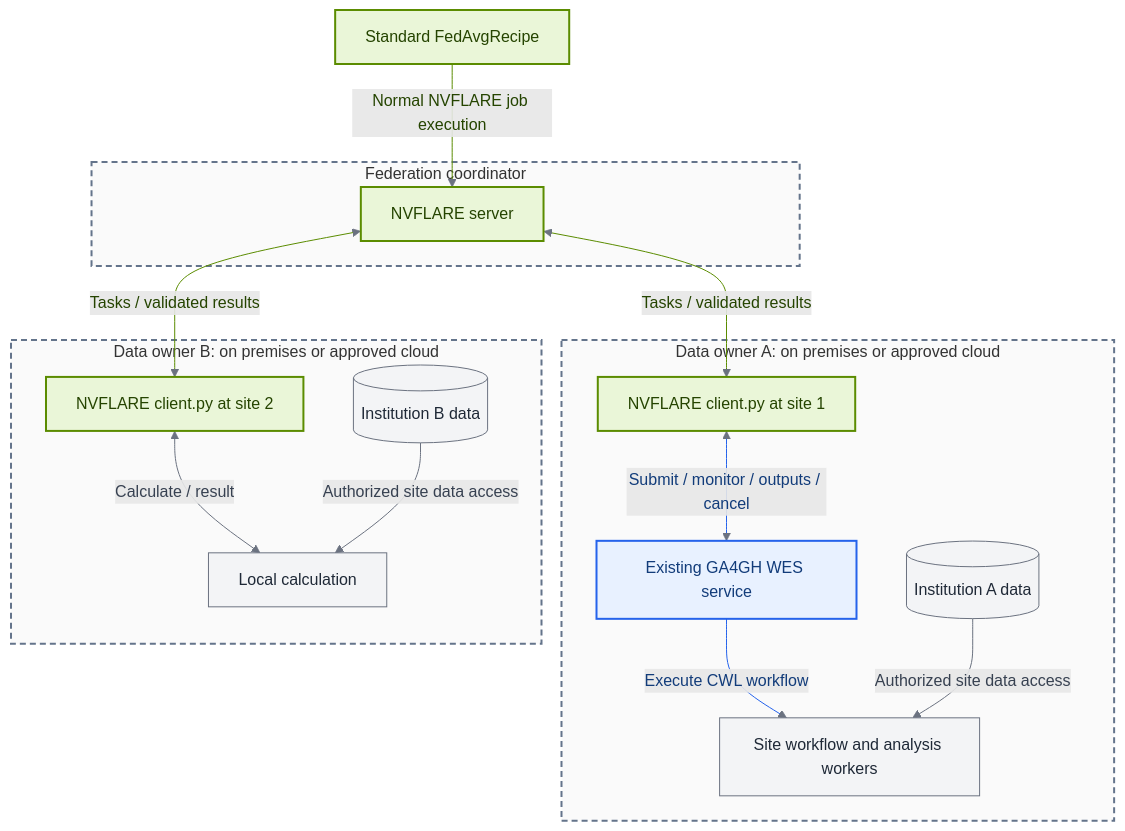
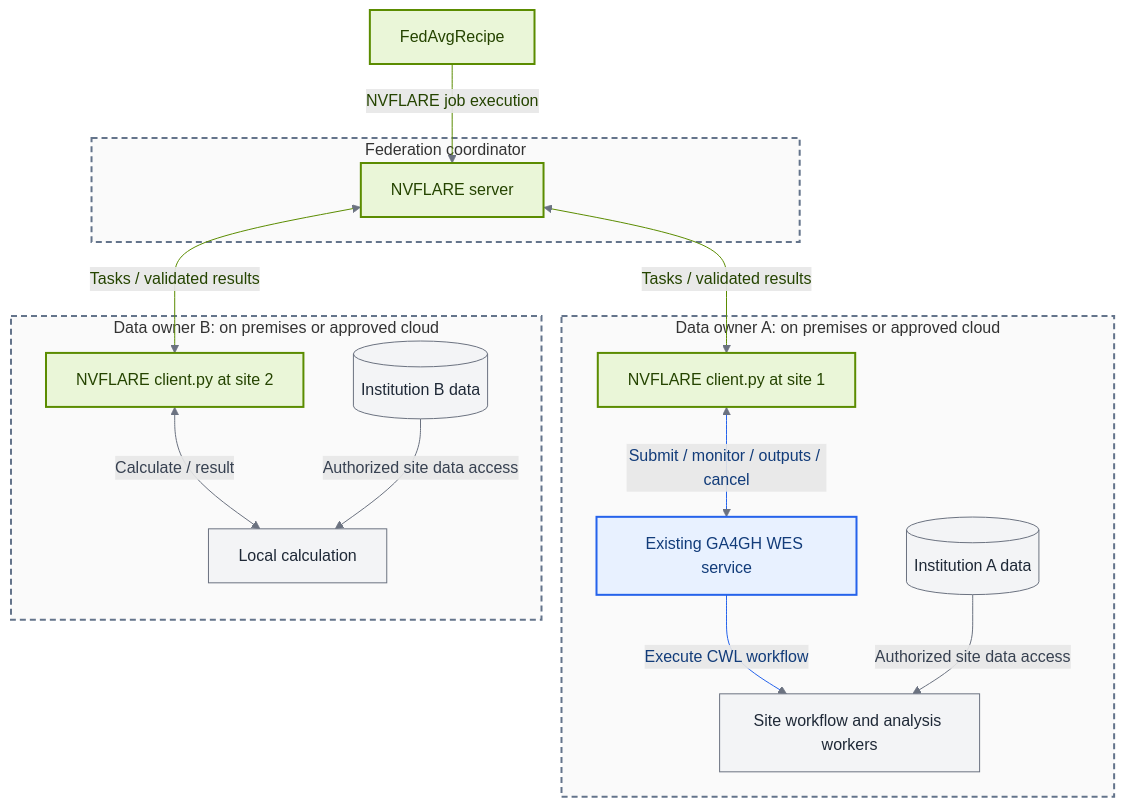
One commit to holgerroth/NVFlare changed the diagram in integration/ga4gh/diagrams/overview.mmd. Above: the diagram before and after it, drawn with Mermaid. The commit also changed 19 other files, not shown here.

```diff
--- a/integration/ga4gh/diagrams/overview.mmd
+++ b/integration/ga4gh/diagrams/overview.mmd
@@ -1,36 +1,36 @@
 flowchart TB
-    Recipe[Standard FedAvgRecipe]
+    Recipe[FedAvgRecipe]
     subgraph Coordinator[Federation coordinator]
         Server[NVFLARE server]
     end
-    Recipe -->|Normal NVFLARE job execution| Server
+    Recipe -->|NVFLARE job execution| Server
     subgraph OwnerA[Data owner A: on premises or approved cloud]
         ClientA[NVFLARE client.py at site 1]
         WES[Existing GA4GH WES service]
         Workflow[Site workflow and analysis workers]
         DataA[(Institution A data)]
         ClientA <-->|Submit / monitor / outputs / cancel| WES
         WES -->|Execute CWL workflow| Workflow
         DataA -->|Authorized site data access| Workflow
     end
     subgraph OwnerB[Data owner B: on premises or approved cloud]
         ClientB[NVFLARE client.py at site 2]
         Local[Local calculation]
         DataB[(Institution B data)]
         ClientB <-->|Calculate / result| Local
         DataB -->|Authorized site data access| Local
     end
     Server <-->|Tasks / validated results| ClientA
     Server <-->|Tasks / validated results| ClientB
     classDef ga4gh fill:#E8F1FF,stroke:#2563EB,color:#123C7A,stroke-width:2px
     classDef nvflare fill:#EAF6D8,stroke:#5B8C00,color:#254400,stroke-width:2px
     classDef neutral fill:#F3F4F6,stroke:#6B7280,color:#1F2937
     class WES ga4gh
     class Recipe,Server,ClientA,ClientB nvflare
     class Workflow,Local,DataA,DataB neutral
     style Coordinator fill:#FAFAFA,stroke:#64748B,stroke-width:2px,stroke-dasharray:6 4
     style OwnerA fill:#FAFAFA,stroke:#64748B,stroke-width:2px,stroke-dasharray:6 4
     style OwnerB fill:#FAFAFA,stroke:#64748B,stroke-width:2px,stroke-dasharray:6 4
     linkStyle default stroke:#6B7280,color:#374151
     linkStyle 1,2 stroke:#2563EB,color:#123C7A
     linkStyle 0,6,7 stroke:#5B8C00,color:#254400
```
